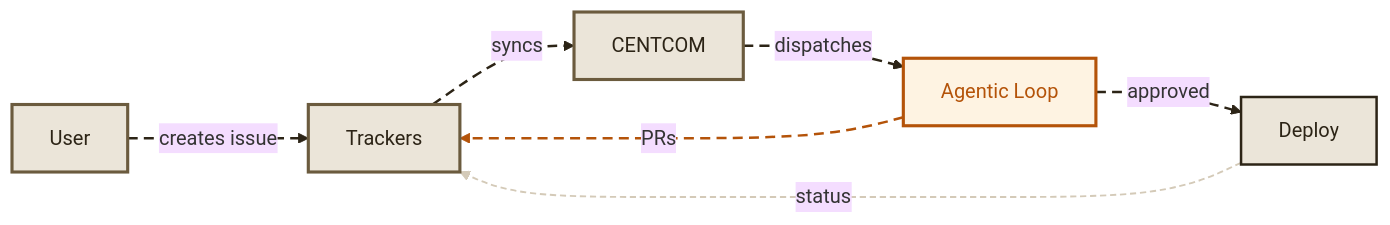
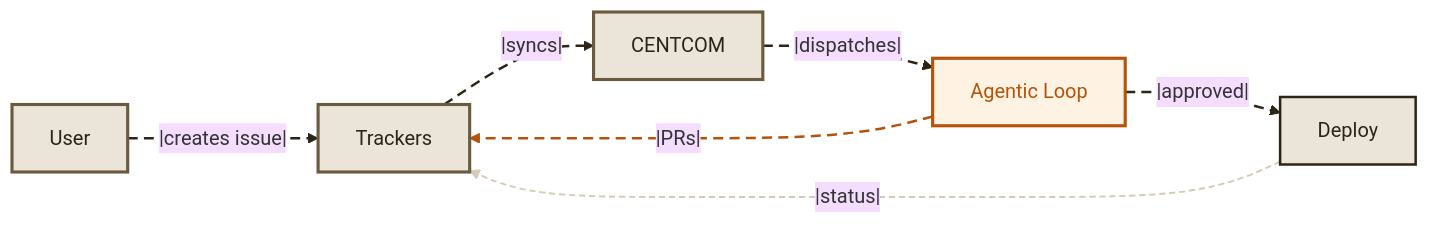
One commit to dunkinfrunkin/maestro changed the first of 5 diagrams in docs/docs/concepts/index.mdx. Above: the diagram before and after it, drawn with Mermaid (base theme). The commit also changed other lines of this file, not shown here.

````diff
--- a/docs/docs/concepts/index.mdx
+++ b/docs/docs/concepts/index.mdx
@@ -15,22 +15,22 @@
 ```mermaid
 graph LR
-  USR["User"] -. "creates issue" .-> EXT["Trackers"]
-  EXT -. "syncs" .-> CC["CENTCOM"]
-  CC -. "dispatches" .-> AL["Agentic Loop"]
-  AL -. "PRs" .-> EXT
-  AL -. "approved" .-> DP["Deploy"]
-  DP -. "status" .-> EXT
+  USR["User"] -- |creates issue| --> EXT["Trackers"]
+  EXT -- |syncs| --> CC["CENTCOM"]
+  CC -- |dispatches| --> AL["Agentic Loop"]
+  AL -- |PRs| --> EXT
+  AL -- |approved| --> DP["Deploy"]
+  DP -- |status| --> EXT
 
   style USR fill:#ebe5d9,stroke:#6b5b3e,stroke-width:2.5px,color:#2c2416
   style EXT fill:#ebe5d9,stroke:#6b5b3e,stroke-width:2.5px,color:#2c2416
   style CC fill:#ebe5d9,stroke:#6b5b3e,stroke-width:2.5px,color:#2c2416
   style AL fill:#fef3e2,stroke:#b45309,stroke-width:2.5px,color:#b45309
   style DP fill:#ebe5d9,stroke:#2c2416,stroke-width:2px,color:#2c2416
 
   linkStyle 0 stroke:#2c2416,stroke-width:2px,stroke-dasharray:8 5
   linkStyle 1 stroke:#2c2416,stroke-width:2px,stroke-dasharray:8 5
   linkStyle 2 stroke:#2c2416,stroke-width:2px,stroke-dasharray:8 5
   linkStyle 3 stroke:#b45309,stroke-width:2px,stroke-dasharray:8 5
   linkStyle 4 stroke:#2c2416,stroke-width:2px,stroke-dasharray:8 5
   linkStyle 5 stroke:#d4cab8,stroke-width:1.5px,stroke-dasharray:5 3
 ```
````
